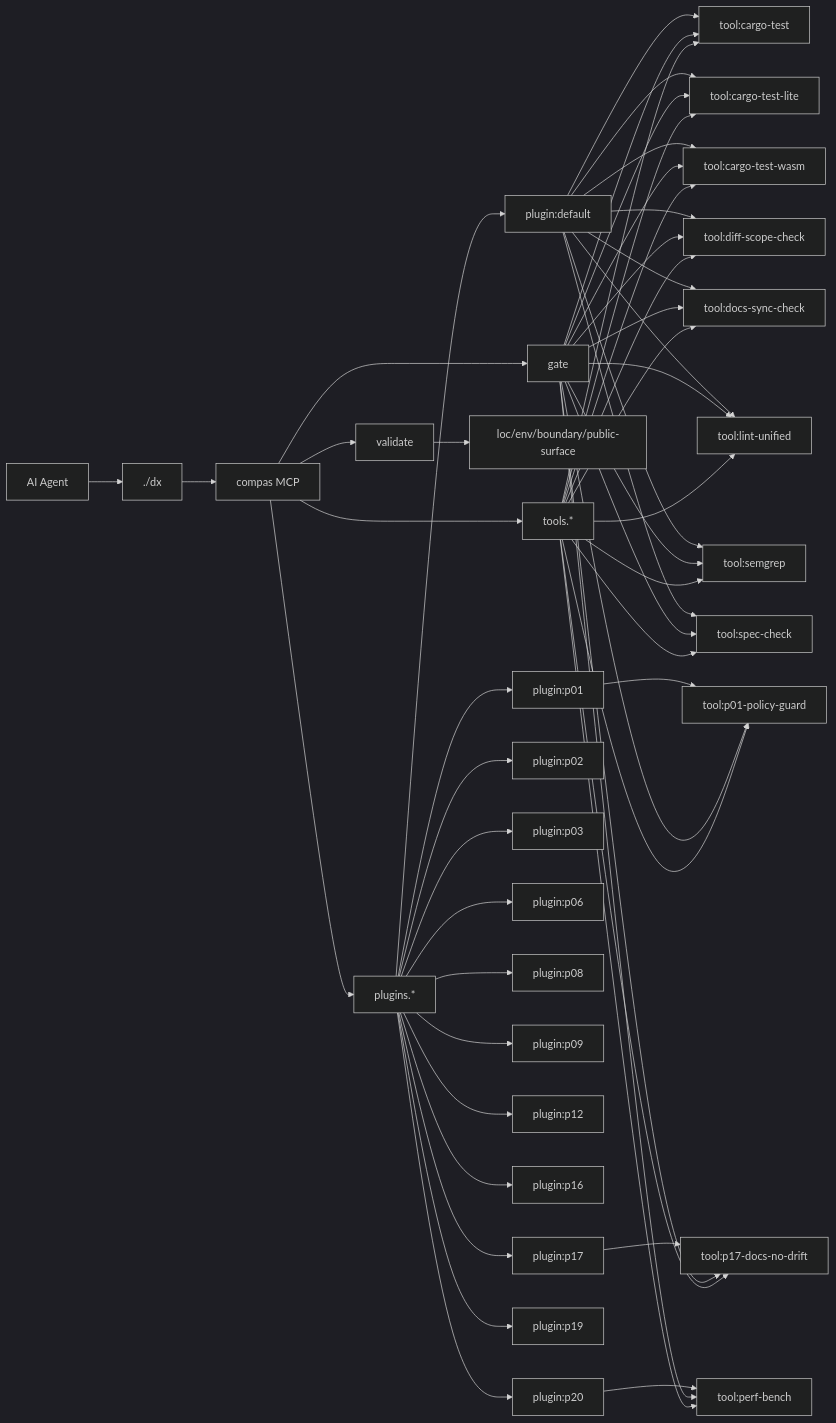
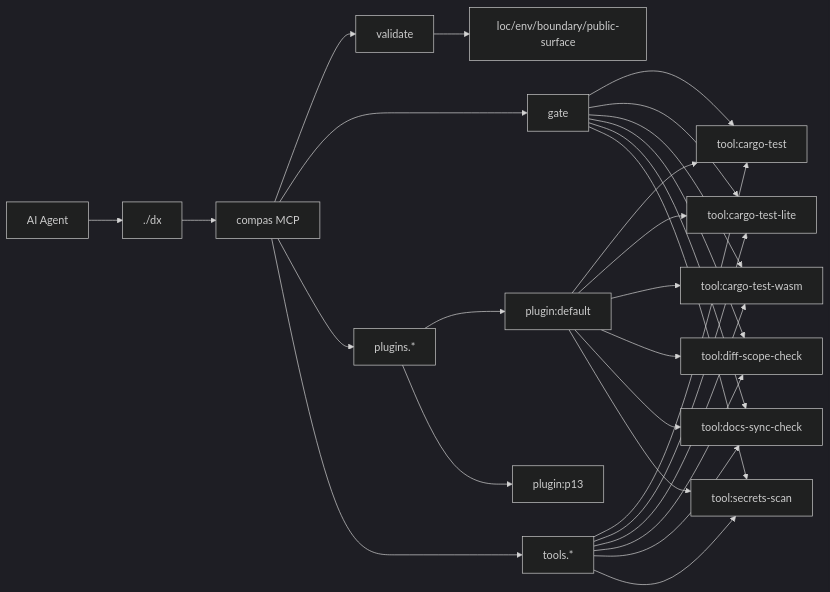
Before and after one commit to AmirTlinov/compas: the diagram in AGENTS.md, drawn with Mermaid (dark theme). The commit also changed other lines of this file and 5 other files, not shown here.

Commit message:
feat(p13): wire secrets scan plugin, tool, and quality impact

````diff
--- a/AGENTS.md
+++ b/AGENTS.md
@@ -68,55 +53,30 @@
 ```mermaid
 flowchart LR
   Agent[AI Agent] --> DX[./dx]
   DX --> MCP[compas MCP]
   MCP --> V[validate]
   MCP --> G[gate]
   MCP --> PL[plugins.*]
   MCP --> TL[tools.*]
   V --> C1[loc/env/boundary/public-surface]
   PL --> P_default["plugin:default"]
   P_default --> T_cargo_test["tool:cargo-test"]
   G --> T_cargo_test
   P_default --> T_cargo_test_lite["tool:cargo-test-lite"]
   G --> T_cargo_test_lite
   P_default --> T_cargo_test_wasm["tool:cargo-test-wasm"]
   G --> T_cargo_test_wasm
   P_default --> T_diff_scope_check["tool:diff-scope-check"]
   G --> T_diff_scope_check
   P_default --> T_docs_sync_check["tool:docs-sync-check"]
   G --> T_docs_sync_check
-  P_default --> T_lint_unified["tool:lint-unified"]
-  G --> T_lint_unified
-  P_default --> T_semgrep["tool:semgrep"]
-  G --> T_semgrep
-  P_default --> T_spec_check["tool:spec-check"]
-  G --> T_spec_check
-  PL --> P_p01["plugin:p01"]
-  P_p01 --> T_p01_policy_guard["tool:p01-policy-guard"]
-  G --> T_p01_policy_guard
-  PL --> P_p02["plugin:p02"]
-  PL --> P_p03["plugin:p03"]
-  PL --> P_p06["plugin:p06"]
-  PL --> P_p08["plugin:p08"]
-  PL --> P_p09["plugin:p09"]
-  PL --> P_p12["plugin:p12"]
-  PL --> P_p16["plugin:p16"]
-  PL --> P_p17["plugin:p17"]
-  P_p17 --> T_p17_docs_no_drift["tool:p17-docs-no-drift"]
-  G --> T_p17_docs_no_drift
-  PL --> P_p19["plugin:p19"]
-  PL --> P_p20["plugin:p20"]
-  P_p20 --> T_perf_bench["tool:perf-bench"]
-  G --> T_perf_bench
+  P_default --> T_secrets_scan["tool:secrets-scan"]
+  G --> T_secrets_scan
+  PL --> P_p13["plugin:p13"]
   TL --> T_cargo_test
   TL --> T_cargo_test_lite
   TL --> T_cargo_test_wasm
   TL --> T_diff_scope_check
   TL --> T_docs_sync_check
-  TL --> T_lint_unified
-  TL --> T_p01_policy_guard
-  TL --> T_p17_docs_no_drift
-  TL --> T_perf_bench
-  TL --> T_semgrep
-  TL --> T_spec_check
+  TL --> T_secrets_scan
 ```
````
